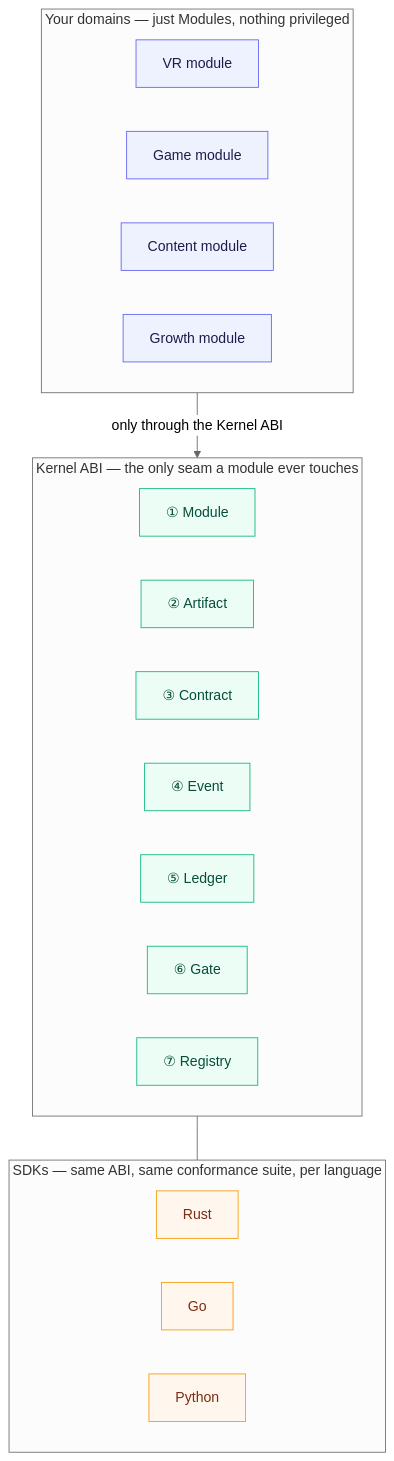
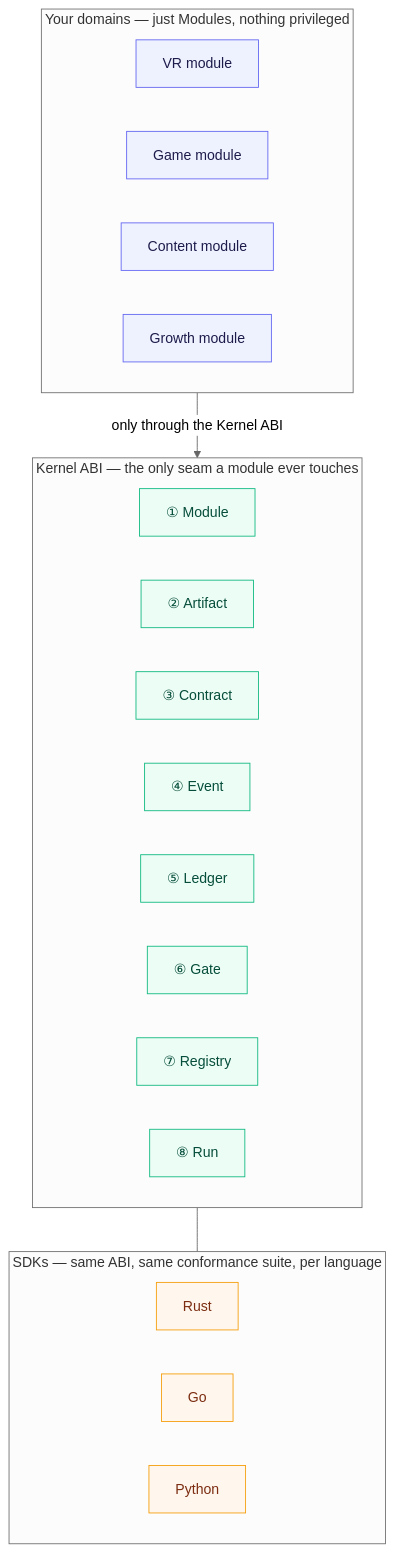
The first of 7 diagrams in README.md (philcantcode/srcport-substrate), drawn with Mermaid (neutral theme) before and after one commit. The commit also changed other lines of this file and 19 other files, not shown here.

````diff
--- a/README.md
+++ b/README.md
@@ -22,38 +22,39 @@
 ```mermaid
 flowchart TB
     subgraph Domain["Your domains — just Modules, nothing privileged"]
         direction LR
         M1["VR module"]
         M2["Game module"]
         M3["Content module"]
         M4["Growth module"]
     end
 
     subgraph Kernel["Kernel ABI — the only seam a module ever touches"]
         direction LR
         P1["① Module"]
         P2["② Artifact"]
         P3["③ Contract"]
         P4["④ Event"]
         P5["⑤ Ledger"]
         P6["⑥ Gate"]
         P7["⑦ Registry"]
+        P8["⑧ Run"]
     end
 
     subgraph SDKs["SDKs — same ABI, same conformance suite, per language"]
         direction LR
         S1["Rust"]
         S2["Go"]
         S3["Python"]
     end
 
     Domain -->|"only through the Kernel ABI"| Kernel
     Kernel --- SDKs
 
     classDef dom fill:#eef2ff,stroke:#6366f1,stroke-width:1px,color:#1e1b4b;
     classDef ker fill:#ecfdf5,stroke:#10b981,stroke-width:1px,color:#064e3b;
     classDef sdk fill:#fff7ed,stroke:#f59e0b,stroke-width:1px,color:#7c2d12;
     class M1,M2,M3,M4 dom;
-    class P1,P2,P3,P4,P5,P6,P7 ker;
+    class P1,P2,P3,P4,P5,P6,P7,P8 ker;
     class S1,S2,S3 sdk;
 ```
````
